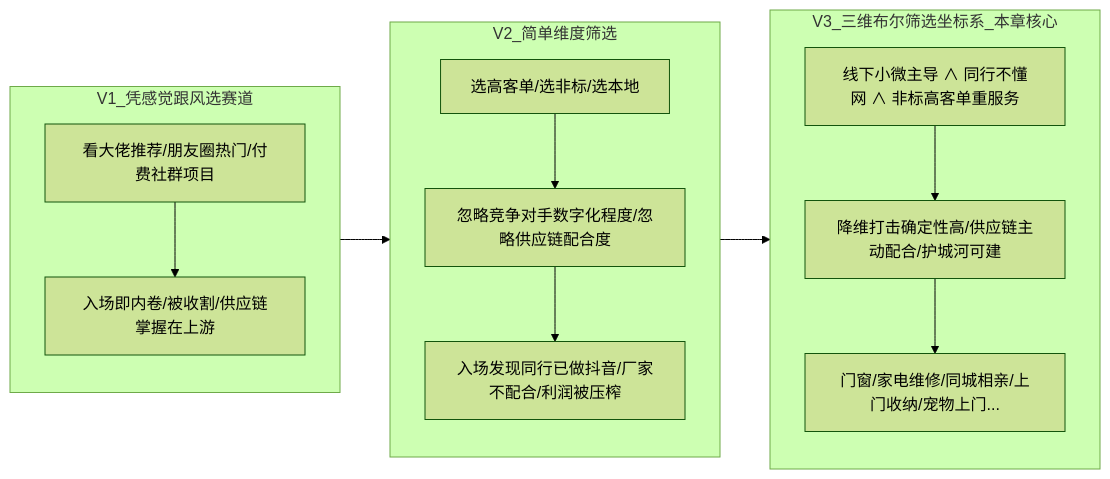
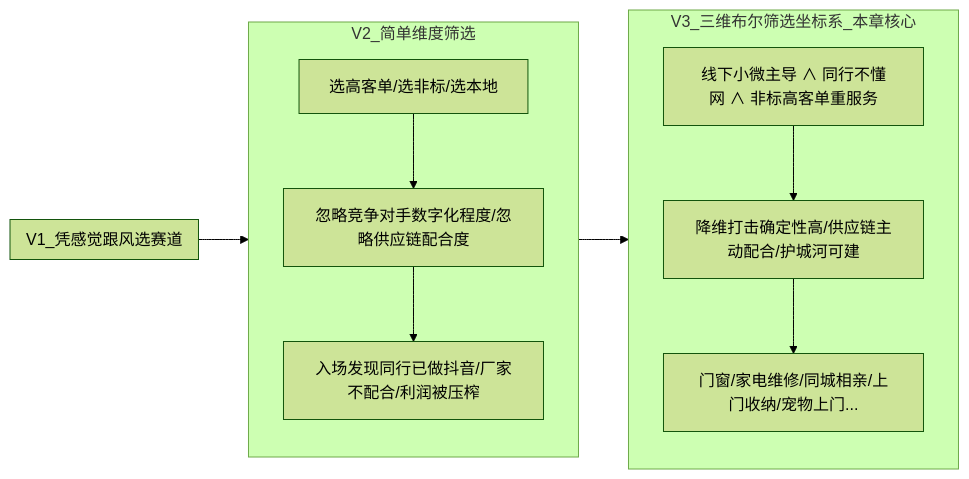
Before and after one commit to OpenDocCN1/flygon-zhuanqian-zhoubao: the ninth of 9 diagrams in docs/202303_paper2textbook/asset/body_fix_ce33ba9bc3398f2b27e490cc64f97f29_df999ee436aa68ef6599773b200a4726_cacb03ed78811f18beb6384f1da9e7d0_6f1de0db6221f92438184ad2e9748162.md, drawn with Mermaid (forest theme). The commit also changed other lines of this file and 14991 other files, not shown here.

````diff
--- a/docs/202303_paper2textbook/asset/body_fix_ce33ba9bc3398f2b27e490cc64f97f29_df999ee436aa68ef6599773b200a4726_cacb03ed78811f18beb6384f1da9e7d0_6f1de0db6221f92438184ad2e9748162.md
+++ b/docs/202303_paper2textbook/asset/body_fix_ce33ba9bc3398f2b27e490cc64f97f29_df999ee436aa68ef6599773b200a4726_cacb03ed78811f18beb6384f1da9e7d0_6f1de0db6221f92438184ad2e9748162.md
@@ -554,15 +555,14 @@
 ```mermaid
 flowchart LR
     subgraph V1_凭感觉跟风选赛道
-        Q1[看大佬推荐/朋友圈热门/付费社群项目] --> Q2[入场即内卷/被收割/供应链掌握在上游]
     end
     subgraph V2_简单维度筛选
         Q3[选高客单/选非标/选本地] --> Q4[忽略竞争对手数字化程度/忽略供应链配合度]
         Q4 --> Q5[入场发现同行已做抖音/厂家不配合/利润被压榨]
     end
     subgraph V3_三维布尔筛选坐标系_本章核心
         Q6[线下小微主导 ∧ 同行不懂网 ∧ 非标高客单重服务] --> Q7[降维打击确定性高/供应链主动配合/护城河可建]
         Q7 --> Q8[门窗/家电维修/同城相亲/上门收纳/宠物上门...]
     end
     V1_凭感觉跟风选赛道 --> V2_简单维度筛选 --> V3_三维布尔筛选坐标系_本章核心
 ```
````
